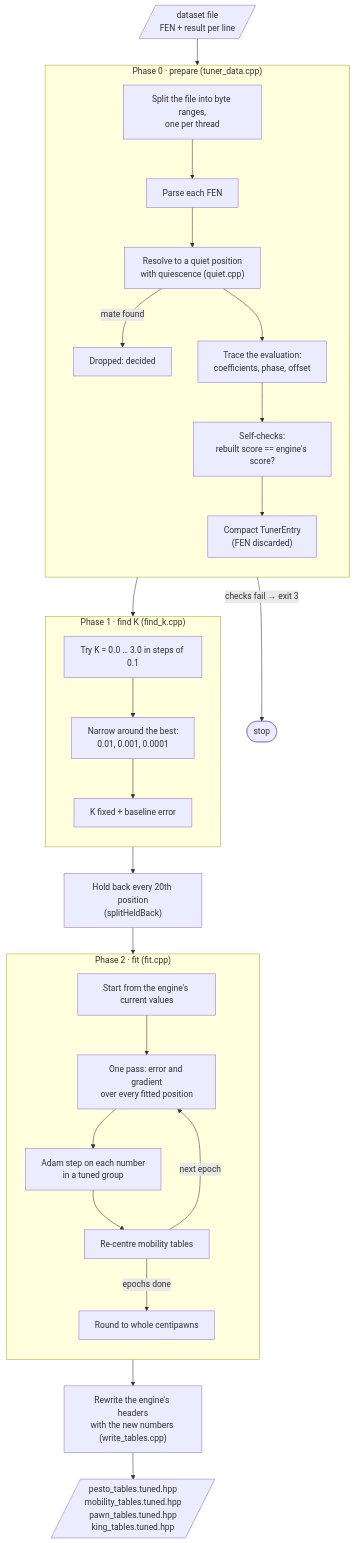
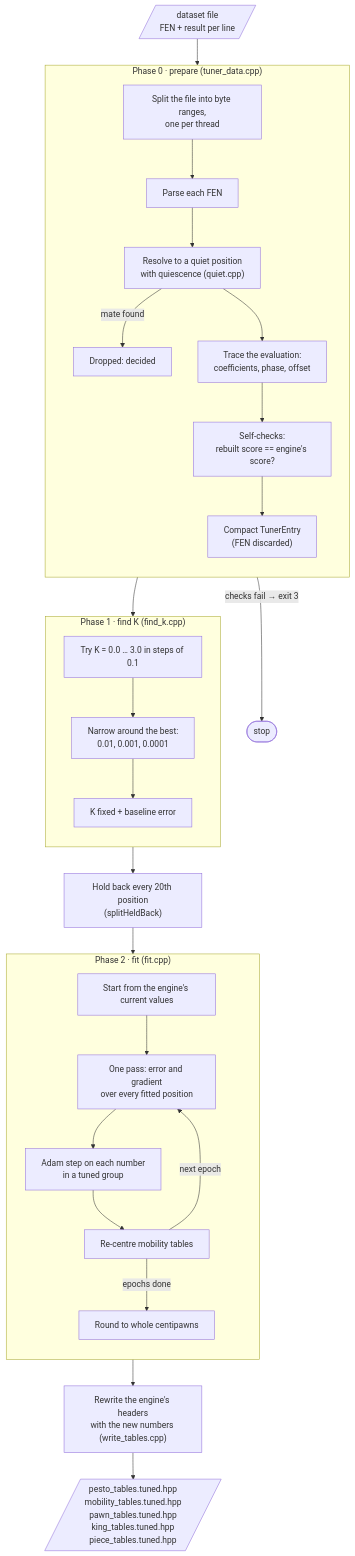
One commit to looak/elephant changed the third of 6 diagrams in tuner/README.md. Above: the diagram before and after it, drawn with Mermaid. The commit also changed other lines of this file and 11 other files, not shown here.

First line of the commit message:
Piece pairs: bishop, knight & rook pair, tuned

````diff
--- a/tuner/README.md
+++ b/tuner/README.md
@@ -86,38 +86,38 @@
 ```mermaid
 flowchart TD
     A[/"dataset file<br/>FEN + result per line"/] --> P0
 
     subgraph P0["Phase 0 · prepare (tuner_data.cpp)"]
         direction TB
         P0a["Split the file into byte ranges,<br/>one per thread"] --> P0b["Parse each FEN"]
         P0b --> P0c["Resolve to a quiet position<br/>with quiescence (quiet.cpp)"]
         P0c -->|mate found| P0x["Dropped: decided"]
         P0c --> P0d["Trace the evaluation:<br/>coefficients, phase, offset"]
         P0d --> P0e["Self-checks:<br/>rebuilt score == engine's score?"]
         P0e --> P0f["Compact TunerEntry<br/>(FEN discarded)"]
     end
 
     P0 -->|"checks fail → exit 3"| X3(["stop"])
     P0 --> P1
 
     subgraph P1["Phase 1 · find K (find_k.cpp)"]
         direction TB
         P1a["Try K = 0.0 … 3.0 in steps of 0.1"] --> P1b["Narrow around the best:<br/>0.01, 0.001, 0.0001"]
         P1b --> P1c["K fixed + baseline error"]
     end
 
     P1 --> SPLIT["Hold back every 20th position<br/>(splitHeldBack)"]
     SPLIT --> P2
 
     subgraph P2["Phase 2 · fit (fit.cpp)"]
         direction TB
         P2a["Start from the engine's current values"] --> P2b["One pass: error and gradient<br/>over every fitted position"]
         P2b --> P2c["Adam step on each number<br/>in a tuned group"]
         P2c --> P2d["Re-centre mobility tables"]
         P2d -->|"next epoch"| P2b
         P2d -->|"epochs done"| P2e["Round to whole centipawns"]
     end
 
     P2 --> W["Rewrite the engine's headers<br/>with the new numbers (write_tables.cpp)"]
-    W --> O[/"pesto_tables.tuned.hpp<br/>mobility_tables.tuned.hpp<br/>pawn_tables.tuned.hpp<br/>king_tables.tuned.hpp"/]
+    W --> O[/"pesto_tables.tuned.hpp<br/>mobility_tables.tuned.hpp<br/>pawn_tables.tuned.hpp<br/>king_tables.tuned.hpp<br/>piece_tables.tuned.hpp"/]
 ```
````
